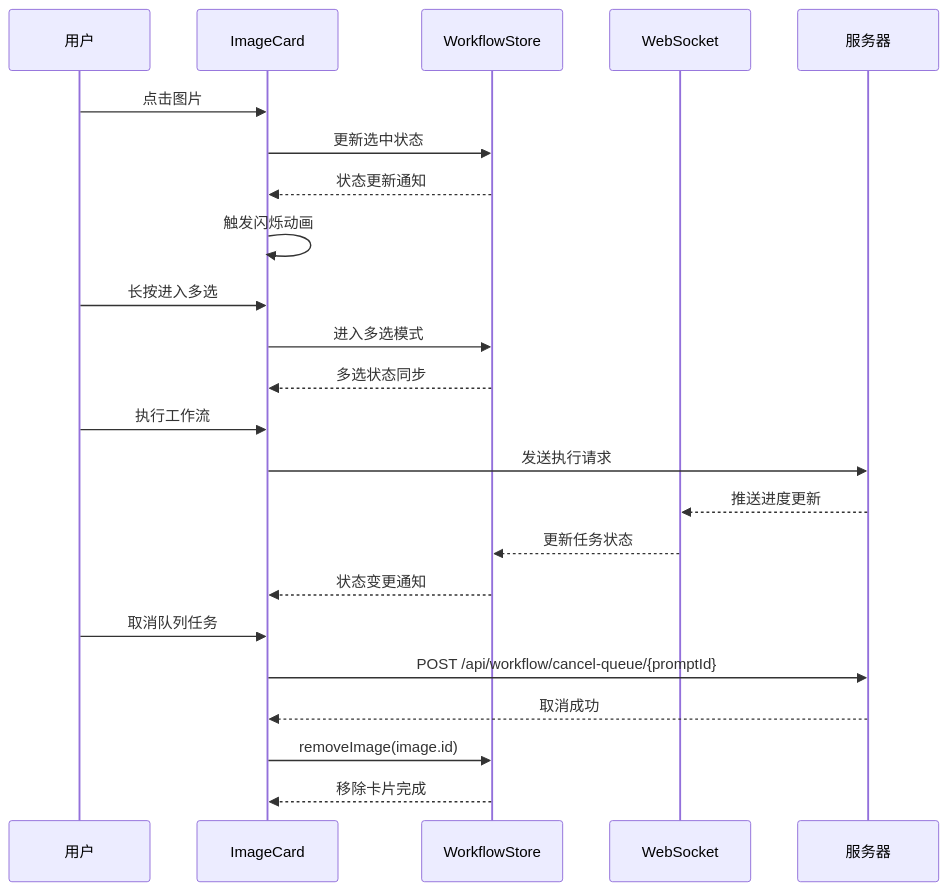
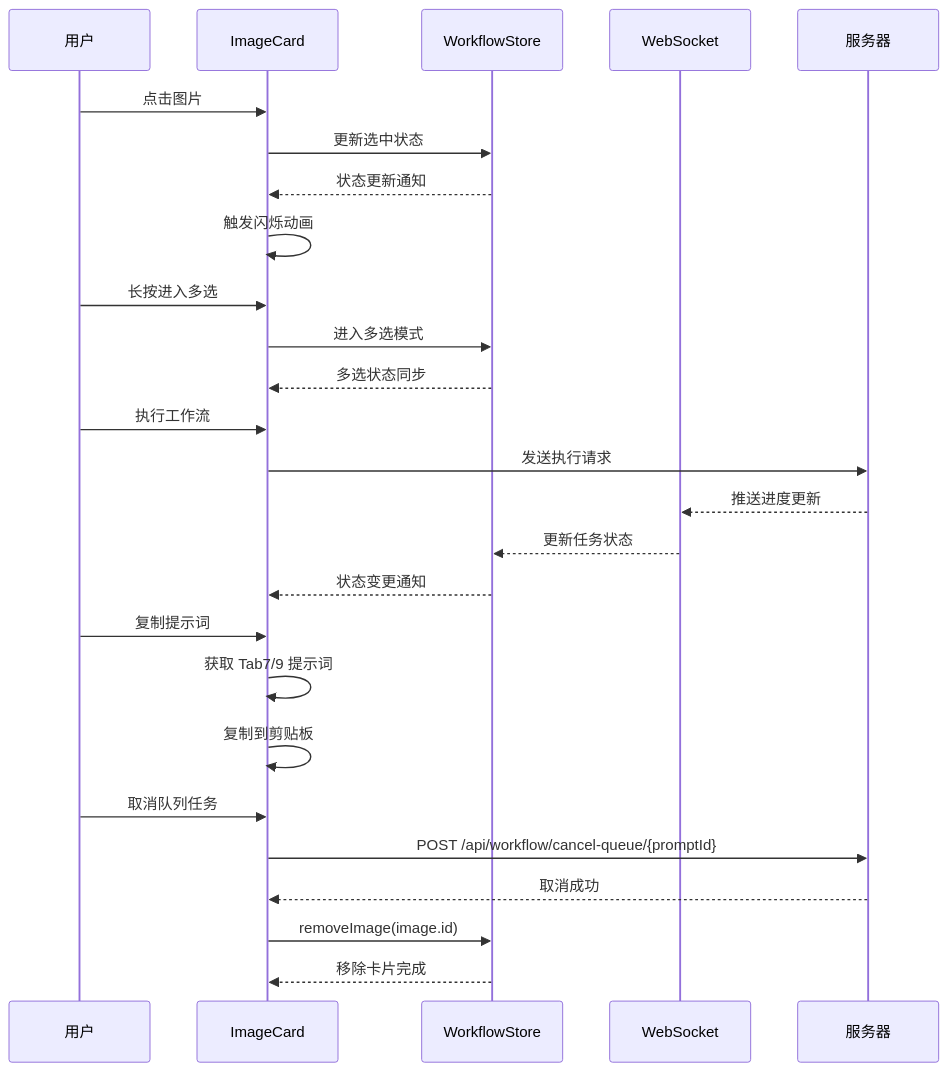
One commit to billye220670/CorineKit_Pix2Real changed the second of 8 diagrams in .qoder/repowiki/zh/content/用户界面组件/核心界面组件/图片卡片组件 (ImageCard).md. Above: the diagram before and after it, drawn with Mermaid. The commit also changed other lines of this file and 49 other files, not shown here.

````diff
--- a/.qoder/repowiki/zh/content/用户界面组件/核心界面组件/图片卡片组件 (ImageCard).md
+++ b/.qoder/repowiki/zh/content/用户界面组件/核心界面组件/图片卡片组件 (ImageCard).md
@@ -108,25 +131,28 @@
 ```mermaid
 sequenceDiagram
 participant User as 用户
 participant IC as ImageCard
 participant UWS as WorkflowStore
 participant WS as WebSocket
 participant Server as 服务器
 User->>IC : 点击图片
 IC->>UWS : 更新选中状态
 UWS-->>IC : 状态更新通知
 IC->>IC : 触发闪烁动画
 User->>IC : 长按进入多选
 IC->>UWS : 进入多选模式
 UWS-->>IC : 多选状态同步
 User->>IC : 执行工作流
 IC->>Server : 发送执行请求
 Server-->>WS : 推送进度更新
 WS-->>UWS : 更新任务状态
 UWS-->>IC : 状态变更通知
+User->>IC : 复制提示词
+IC->>IC : 获取 Tab7/9 提示词
+IC->>IC : 复制到剪贴板
 User->>IC : 取消队列任务
 IC->>Server : POST /api/workflow/cancel-queue/{promptId}
 Server-->>IC : 取消成功
 IC->>UWS : removeImage(image.id)
 UWS-->>IC : 移除卡片完成
 ```
````
